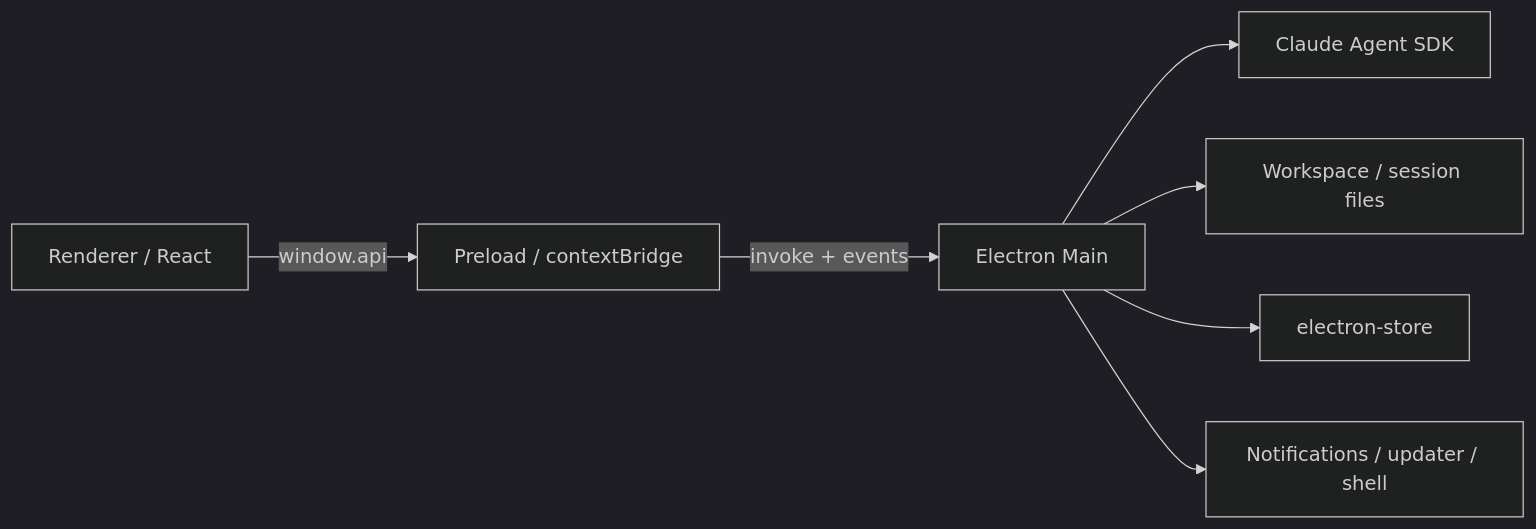
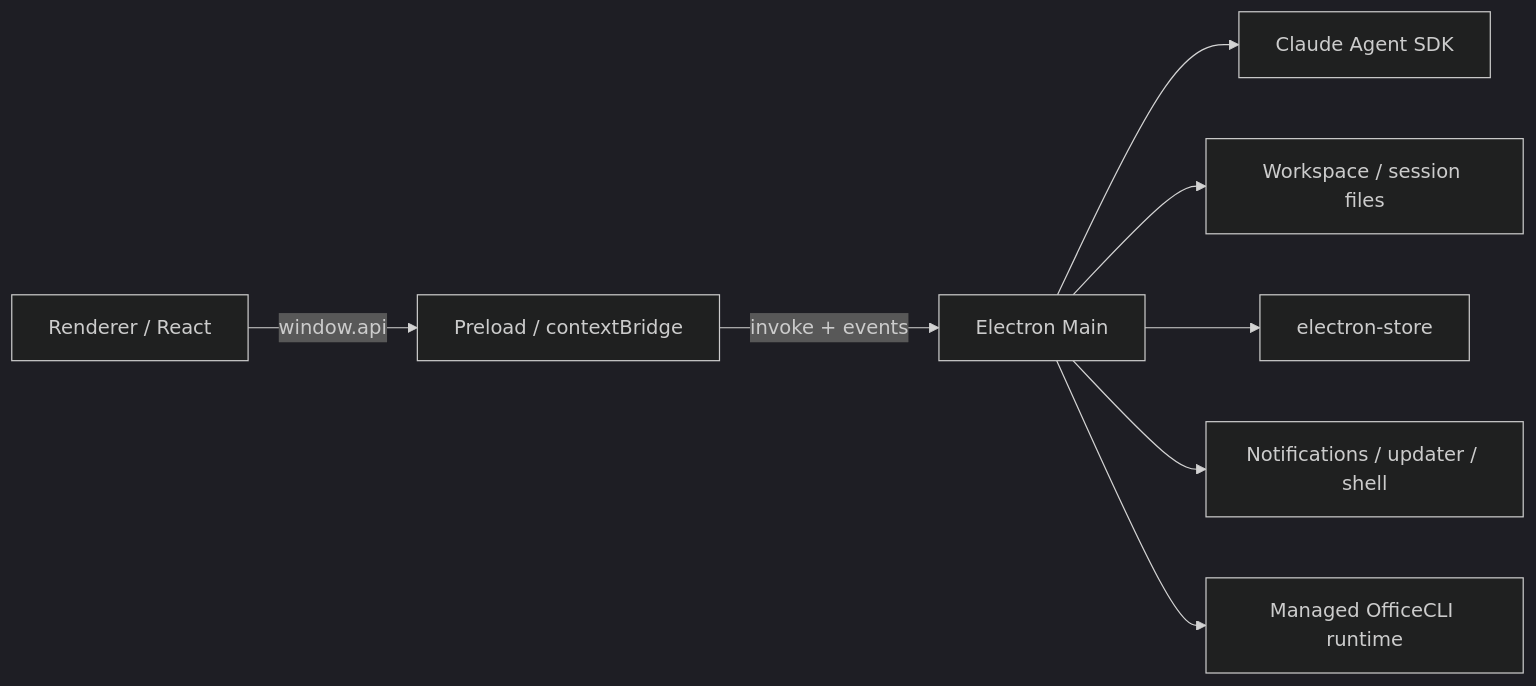
One commit to shuangmusuihua-source/vision-agent changed the diagram in docs/architecture.md. Above: the diagram before and after it, drawn with Mermaid (dark theme). The commit also changed other lines of this file and 23 other files, not shown here.

Commit message:
feat: add managed OfficeCLI document support

````diff
--- a/docs/architecture.md
+++ b/docs/architecture.md
@@ -7,9 +7,10 @@
 ```mermaid
 flowchart LR
   R[Renderer / React] -->|window.api| P[Preload / contextBridge]
   P -->|invoke + events| M[Electron Main]
   M --> SDK[Claude Agent SDK]
   M --> FS[Workspace / session files]
   M --> Store[electron-store]
   M --> OS[Notifications / updater / shell]
+  M --> Office[Managed OfficeCLI runtime]
 ```
````
